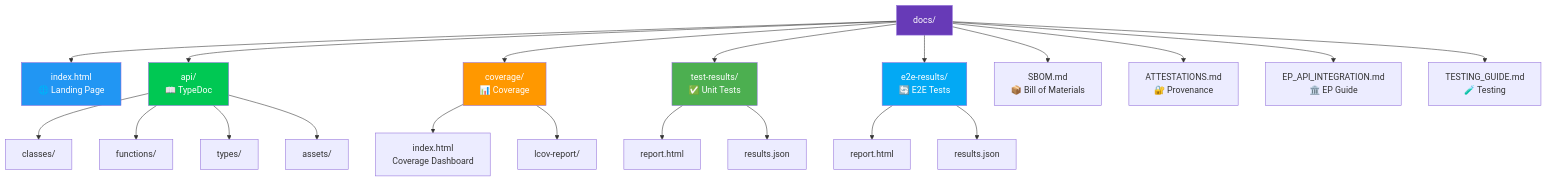
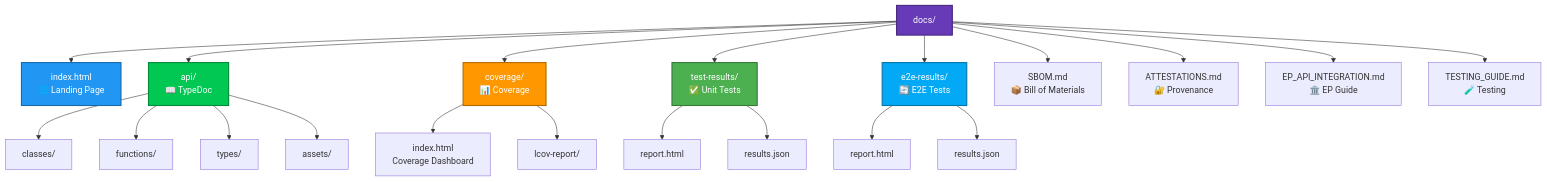
Before and after one commit to Hack23/European-Parliament-MCP-Server: the second of 4 diagrams in RELEASE_WORKFLOW_VISUALIZATION.md, drawn with Mermaid. The commit also changed other lines of this file and 17 other files, not shown here.

````diff
--- a/RELEASE_WORKFLOW_VISUALIZATION.md
+++ b/RELEASE_WORKFLOW_VISUALIZATION.md
@@ -78,33 +82,39 @@
 ```mermaid
 graph TD
     Root[docs/] --> Index[index.html<br/>🌐 Landing Page]
     Root --> API[api/<br/>📖 TypeDoc]
     Root --> Coverage[coverage/<br/>📊 Coverage]
     Root --> Tests[test-results/<br/>✅ Unit Tests]
     Root --> E2E[e2e-results/<br/>🔄 E2E Tests]
     Root --> SBOM[SBOM.md<br/>📦 Bill of Materials]
     Root --> Attest[ATTESTATIONS.md<br/>🔐 Provenance]
     Root --> EPDoc[EP_API_INTEGRATION.md<br/>🏛️ EP Guide]
     Root --> TestDoc[TESTING_GUIDE.md<br/>🧪 Testing]
     
     API --> Classes[classes/]
     API --> Functions[functions/]
     API --> Types[types/]
     API --> Assets[assets/]
     
     Coverage --> CovIndex[index.html<br/>Coverage Dashboard]
     Coverage --> LCOV[lcov-report/]
     
     Tests --> TestHTML[report.html]
     Tests --> TestJSON[results.json]
     
     E2E --> E2EHTML[report.html]
     E2E --> E2EJSON[results.json]
     
-    style Root fill:#673AB7,color:#fff
-    style Index fill:#2196F3,color:#fff
-    style API fill:#00C853,color:#fff
-    style Coverage fill:#FF9800,color:#fff
-    style Tests fill:#4CAF50,color:#fff
-    style E2E fill:#03A9F4,color:#fff
+    style Root fill:#673AB7,stroke:#482880,stroke-width:2px,color:#fff
+
+    style Index fill:#2196F3,stroke:#1769aa,stroke-width:2px,color:#fff
+
+    style API fill:#00C853,stroke:#008c3a,stroke-width:2px,color:#fff
+
+    style Coverage fill:#FF9800,stroke:#b26a00,stroke-width:2px,color:#fff
+
+    style Tests fill:#4CAF50,stroke:#357a38,stroke-width:2px,color:#fff
+
+    style E2E fill:#03A9F4,stroke:#0276aa,stroke-width:2px,color:#fff
+
 ```
````
